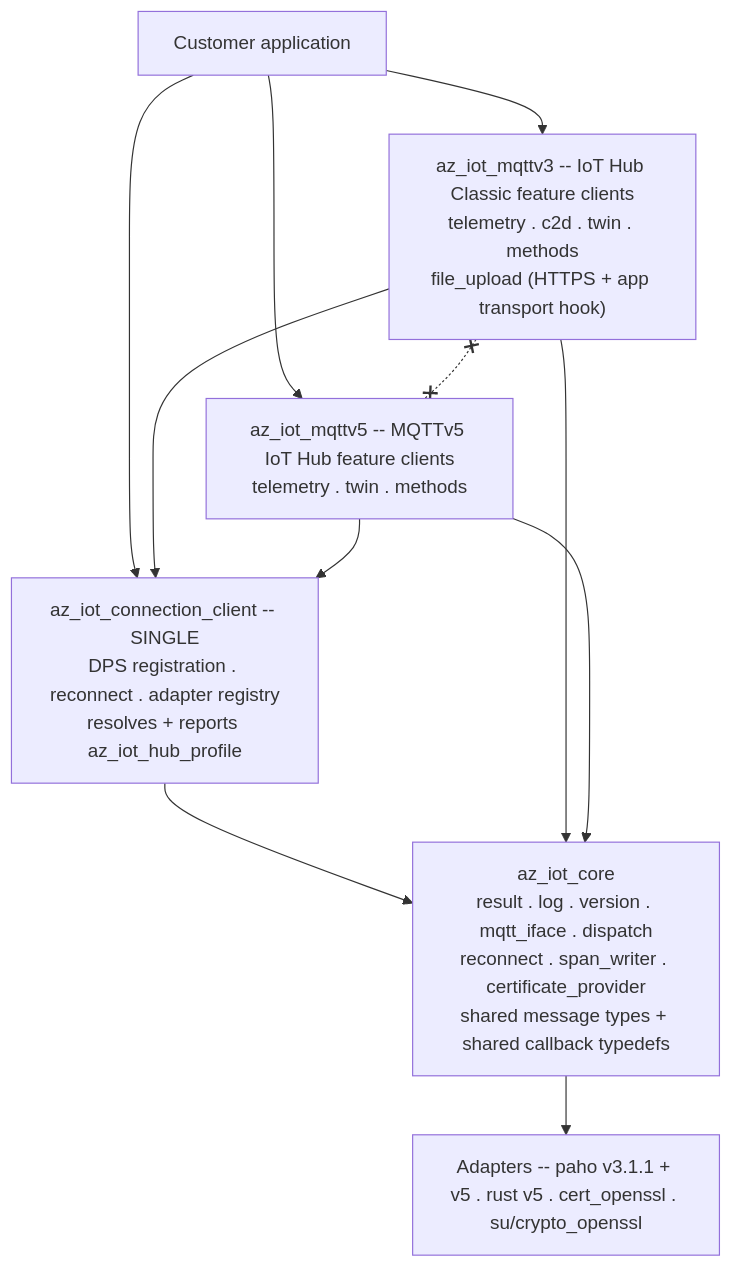
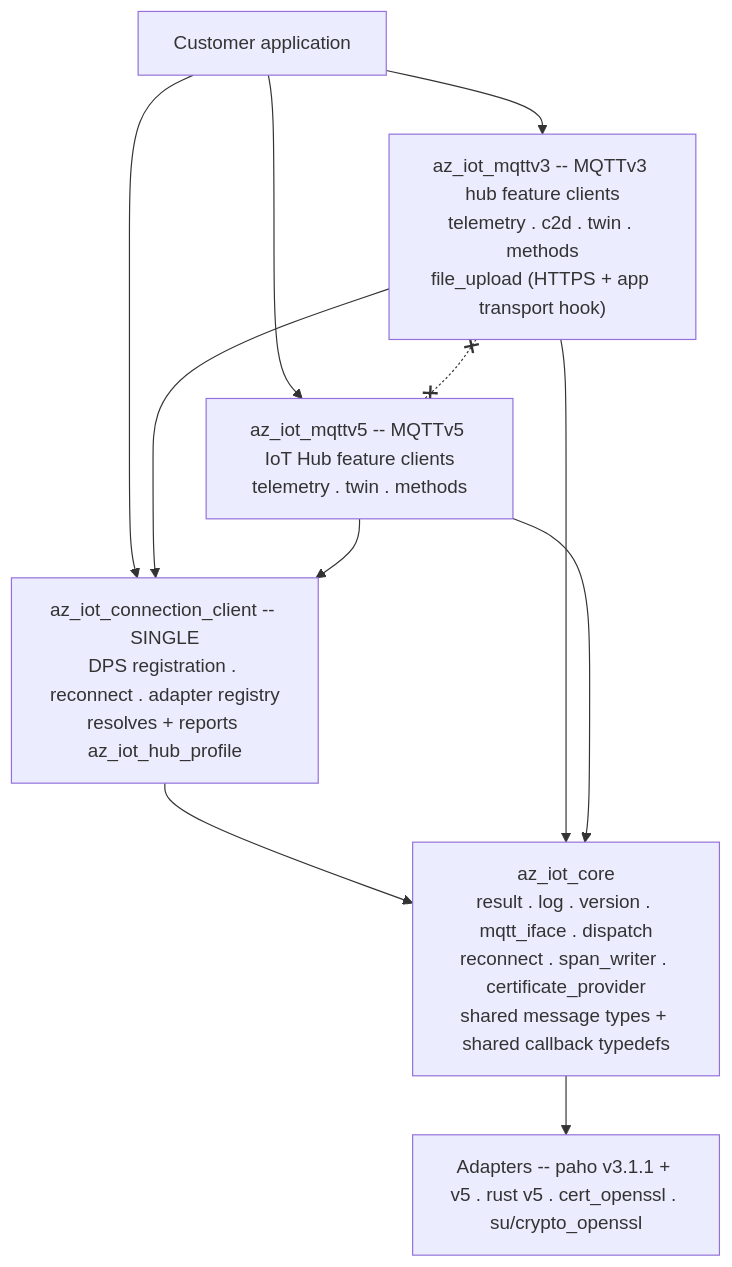
The first of 2 diagrams in c/docs/eng/client-separation.md (Azure/azure-iot-sdk), drawn with Mermaid before and after one commit. The commit also changed other lines of this file and 98 other files, not shown here.

````diff
--- a/c/docs/eng/client-separation.md
+++ b/c/docs/eng/client-separation.md
@@ -430,20 +430,20 @@
 ```mermaid
 flowchart TB
     APP["Customer application"]
-    G1["az_iot_mqttv3 -- IoT Hub Classic feature clients<br/>telemetry . c2d . twin . methods<br/>file_upload (HTTPS + app transport hook)"]
+    G1["az_iot_mqttv3 -- MQTTv3 hub feature clients<br/>telemetry . c2d . twin . methods<br/>file_upload (HTTPS + app transport hook)"]
     G2["az_iot_mqttv5 -- MQTTv5 IoT Hub feature clients<br/>telemetry . twin . methods"]
     CONN["az_iot_connection_client -- SINGLE<br/>DPS registration . reconnect . adapter registry<br/>resolves + reports az_iot_hub_profile"]
     CORE["az_iot_core<br/>result . log . version . mqtt_iface . dispatch<br/>reconnect . span_writer . certificate_provider<br/>shared message types + shared callback typedefs"]
     ADAPT["Adapters -- paho v3.1.1 + v5 . rust v5 . cert_openssl . su/crypto_openssl"]
 
     APP --> G1
     APP --> G2
     APP --> CONN
     G1 --> CONN
     G2 --> CONN
     CONN --> CORE
     G1 --> CORE
     G2 --> CORE
     CORE --> ADAPT
     G1 x-.-x G2
 ```
````
